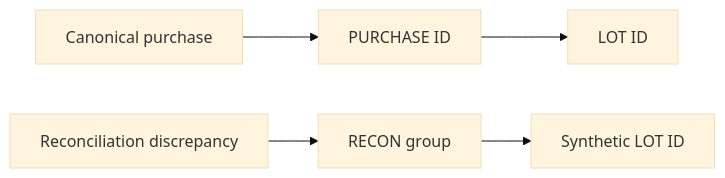
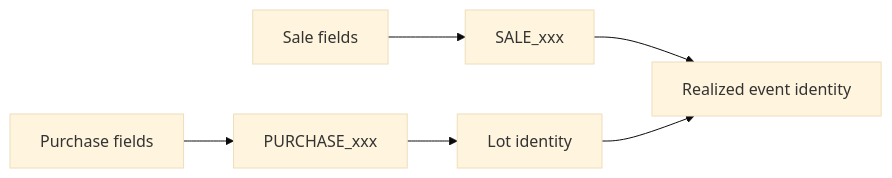
The second of 5 diagrams in docs/architecture/deterministic-identity-and-replay.md (tks18/personal-finance-etl), drawn with Mermaid (base theme) before and after one commit. The commit also changed other lines of this file and 10 other files, not shown here.

Commit message:
docs: update docs/architecture for latest version

````diff
--- a/docs/architecture/deterministic-identity-and-replay.md
+++ b/docs/architecture/deterministic-identity-and-replay.md
@@ -168,7 +170,8 @@
 ```mermaid
 flowchart LR
-    P[Canonical purchase] --> PID[PURCHASE ID]
-    PID --> L[LOT ID]
-    R[Reconciliation discrepancy] --> RG[RECON group]
-    RG --> SL[Synthetic LOT ID]
+    P[Purchase fields] --> PID[PURCHASE_xxx]
+    S[Sale fields] --> SID[SALE_xxx]
+    PID --> LOT[Lot identity]
+    SID --> REAL[Realized event identity]
+    LOT --> REAL
 ```
````
